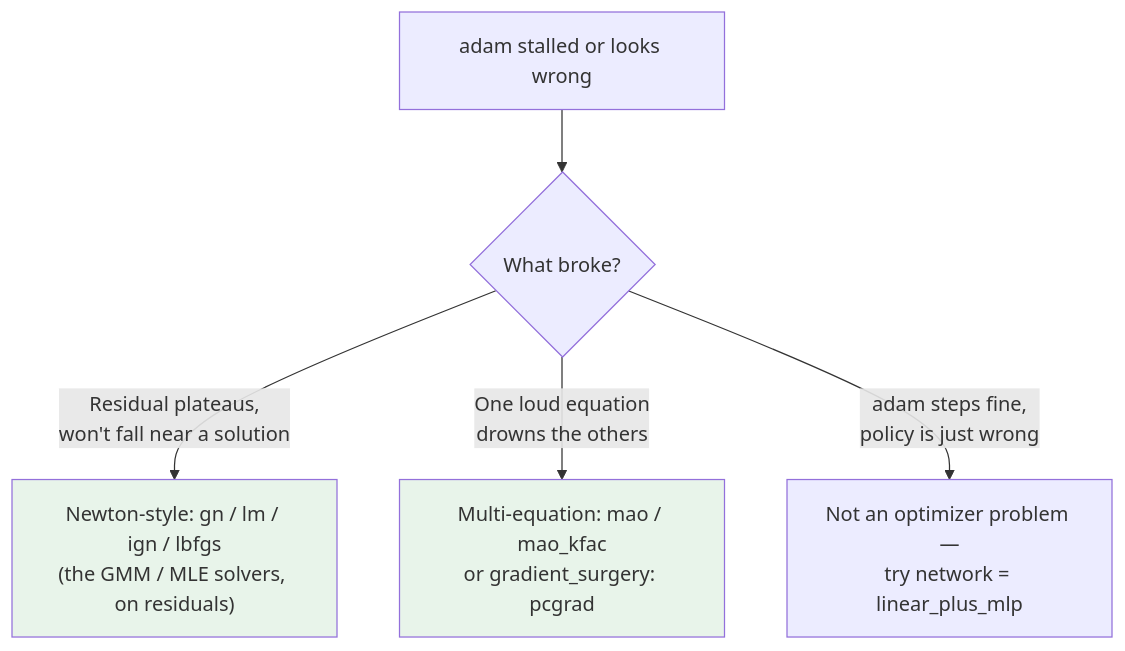
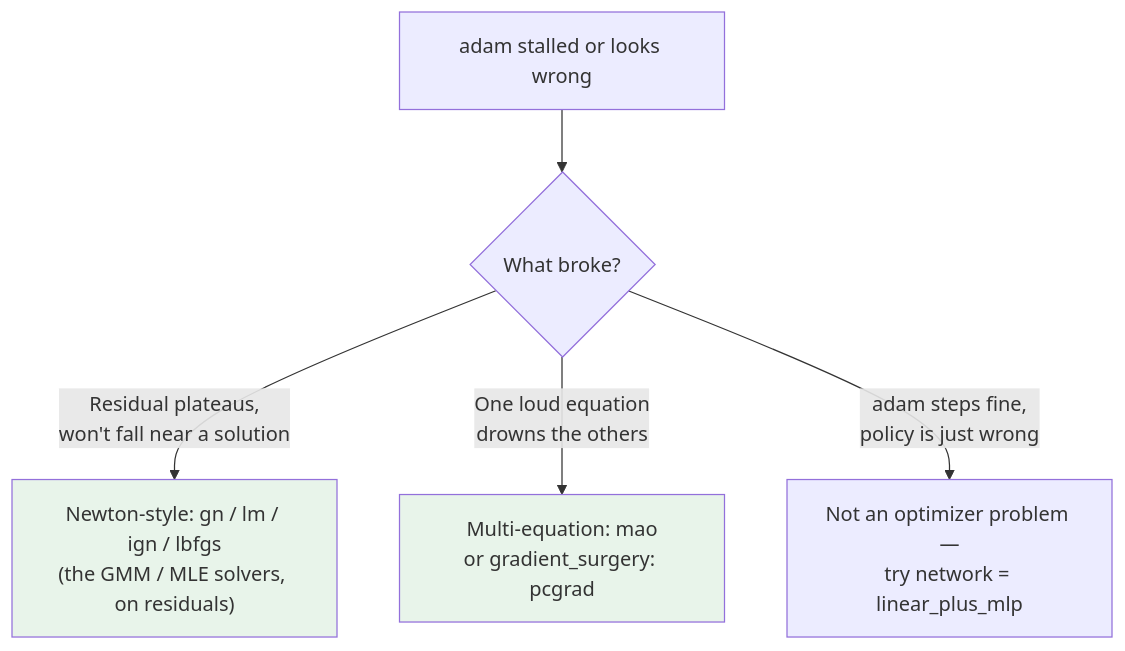
Before and after one commit to deqn-jax/deqn-jax: the diagram in docs/site/optimizers/index.md, drawn with Mermaid. The commit also changed other lines of this file and 66 other files, not shown here.

````diff
--- a/docs/site/optimizers/index.md
+++ b/docs/site/optimizers/index.md
@@ -8,9 +8,9 @@
 ```mermaid
 flowchart TD
     A["adam stalled or looks wrong"] --> B{What broke?}
     B -->|"Residual plateaus,<br/>won't fall near a solution"| C["Newton-style: gn / lm / ign / lbfgs<br/>(the GMM / MLE solvers, on residuals)"]
-    B -->|"One loud equation<br/>drowns the others"| D["Multi-equation: mao / mao_kfac<br/>or gradient_surgery: pcgrad"]
+    B -->|"One loud equation<br/>drowns the others"| D["Multi-equation: mao<br/>or gradient_surgery: pcgrad"]
     B -->|"adam steps fine,<br/>policy is just wrong"| E["Not an optimizer problem —<br/>try network = linear_plus_mlp"]
     style C fill:#e8f4ea
     style D fill:#e8f4ea
 ```
````
